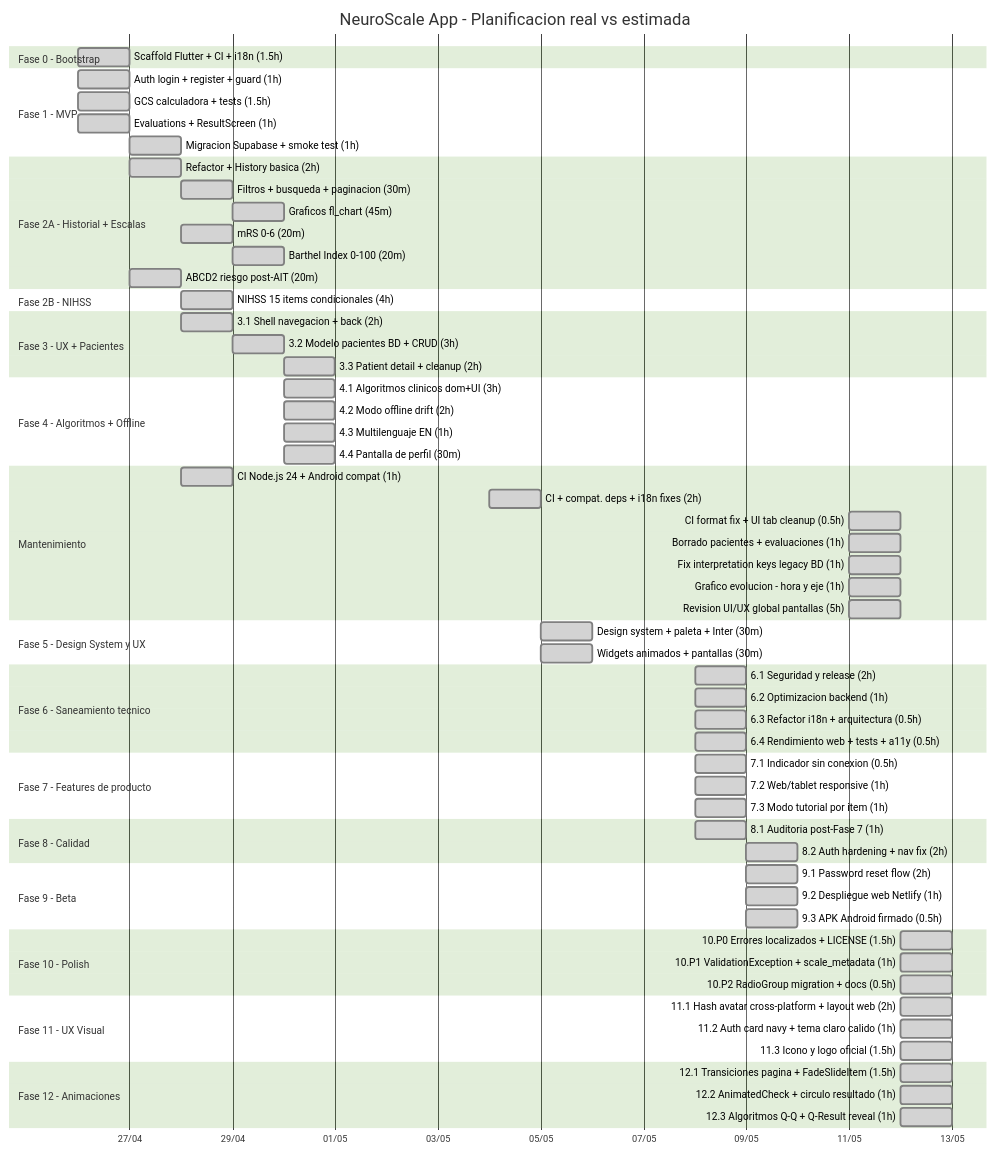
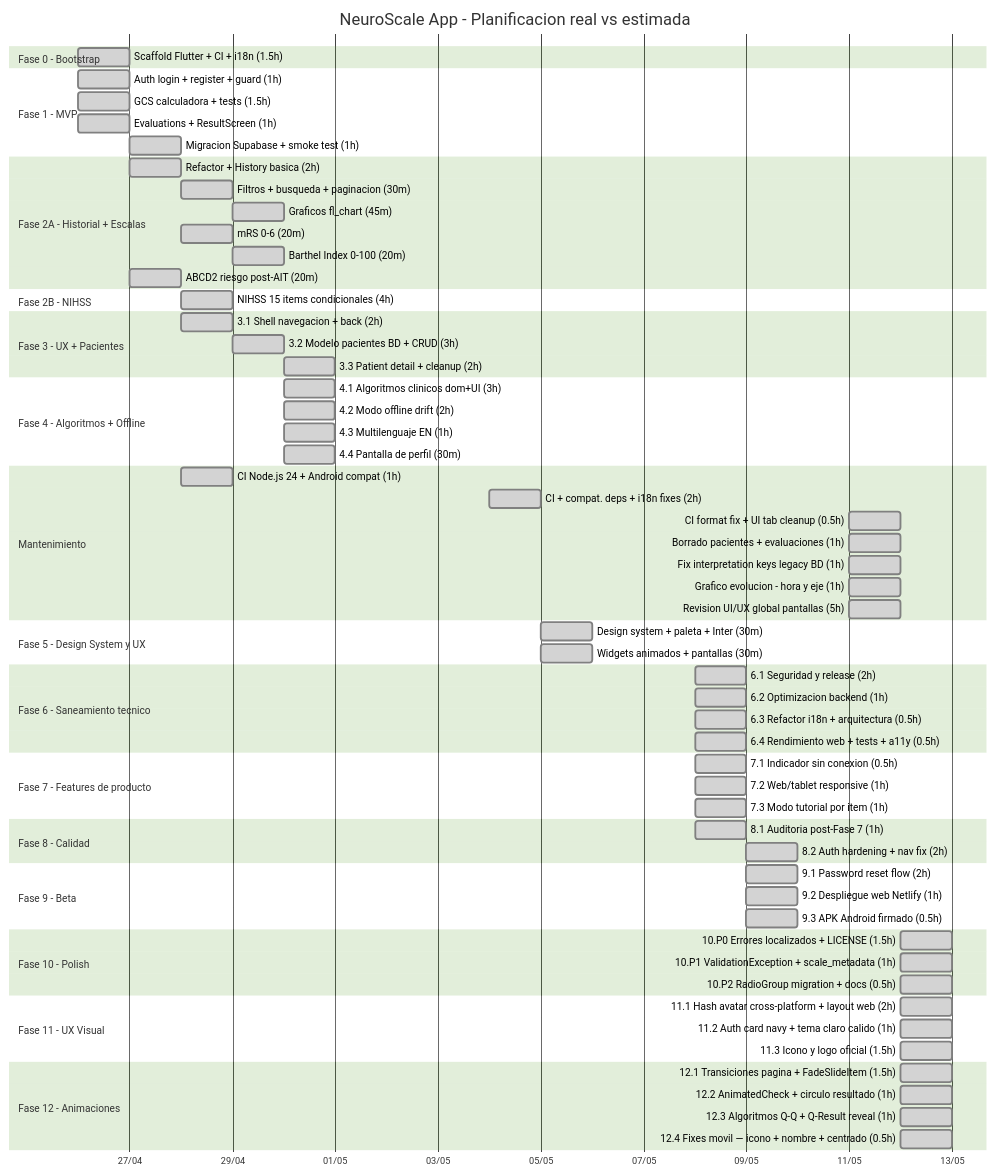
Before and after one commit to grisllo/NeuroScaleApp: the diagram in README.md, drawn with Mermaid (forest theme). The commit also changed other lines of this file and 1 other file, not shown here.

Commit message:
docs(gantt): fixes mobil + nombre app completo — ~80h

````diff
--- a/README.md
+++ b/README.md
@@ -128,4 +128,5 @@
     12.1 Transiciones pagina + FadeSlideItem (1.5h) :done, f12a, 2026-05-12, 1d
     12.2 AnimatedCheck + circulo resultado (1h) :done, f12b, 2026-05-12, 1d
     12.3 Algoritmos Q-Q + Q-Result reveal (1h) :done, f12c, 2026-05-12, 1d
+    12.4 Fixes movil — icono + nombre + centrado (0.5h) :done, f12d, 2026-05-12, 1d
 ```
````
